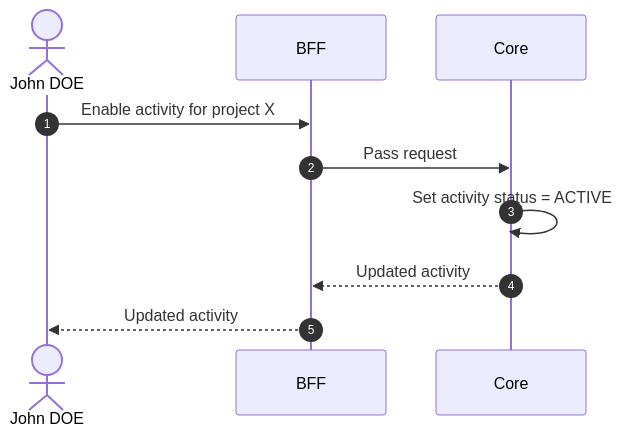
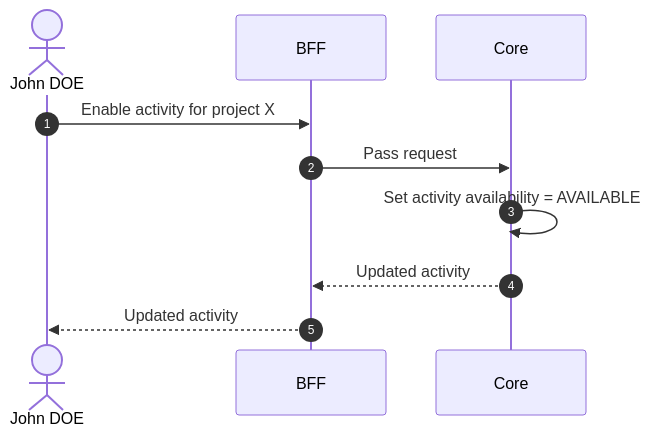
The diagram in functional/features/enable-activity.md (laucoin/my-project--documentation), drawn with Mermaid before and after one commit. The commit also changed 60 other files, not shown here.

````diff
--- a/functional/features/enable-activity.md
+++ b/functional/features/enable-activity.md
@@ -42,10 +42,10 @@
 ```mermaid
 sequenceDiagram
     autonumber
     actor John DOE
     John DOE ->> BFF: Enable activity for project X
     BFF ->> Core: Pass request
-    Core ->> Core: Set activity status = ACTIVE
+    Core ->> Core: Set activity availability = AVAILABLE
     Core -->> BFF: Updated activity
     BFF -->> John DOE: Updated activity
 ```
````
